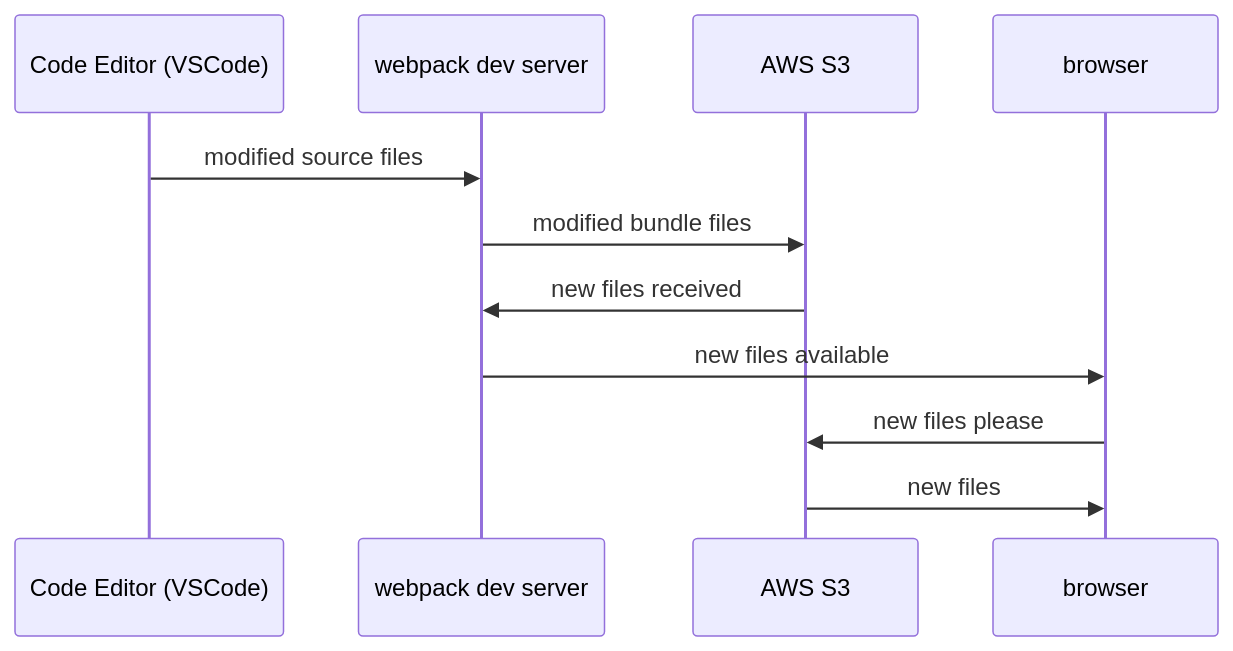
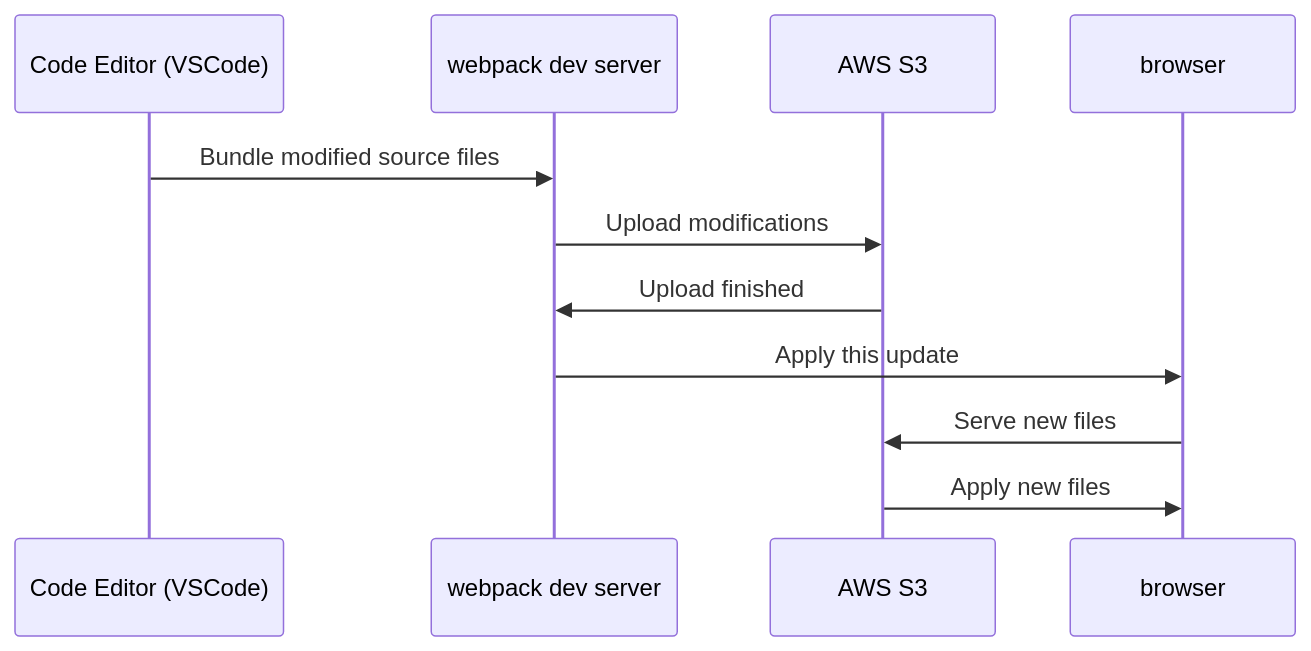
The diagram in README.md (nogueiraantonio/dscpe-widget-property-editor), drawn with Mermaid before and after one commit.

Commit message:
Modify sequence diagram messages

````diff
--- a/README.md
+++ b/README.md
@@ -374,9 +374,9 @@
 ```mermaid
 sequenceDiagram
-    Code Editor (VSCode)->>webpack dev server: modified source files
-    webpack dev server->>AWS S3: modified bundle files
-    AWS S3->>webpack dev server: new files received
-    webpack dev server->>browser: new files available
-    browser->>AWS S3: new files please
-    AWS S3->>browser: new files
+    Code Editor (VSCode)->>webpack dev server: Bundle modified source files
+    webpack dev server->>AWS S3: Upload modifications
+    AWS S3->>webpack dev server: Upload finished
+    webpack dev server->>browser: Apply this update
+    browser->>AWS S3: Serve new files
+    AWS S3->>browser: Apply new files
 ```
````
